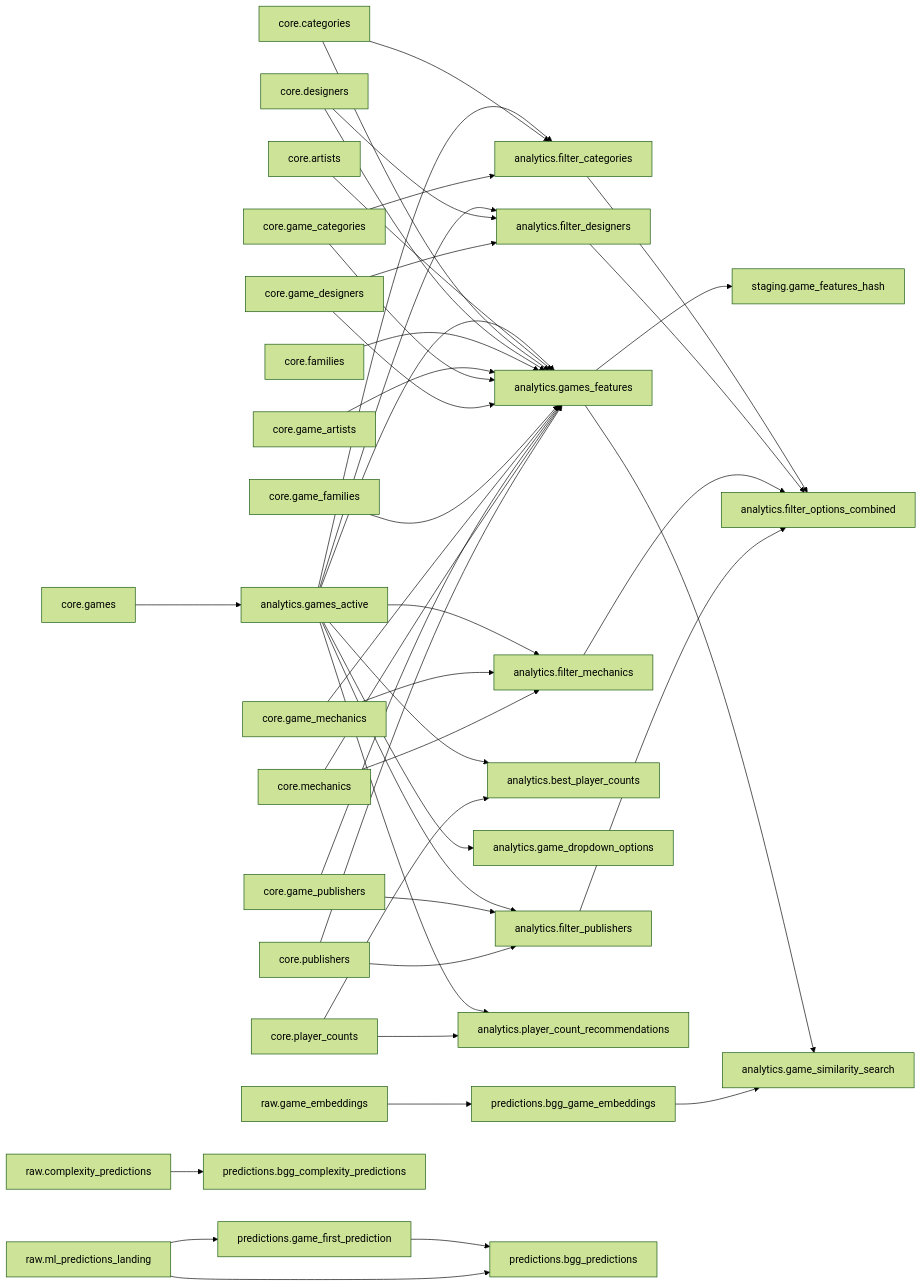
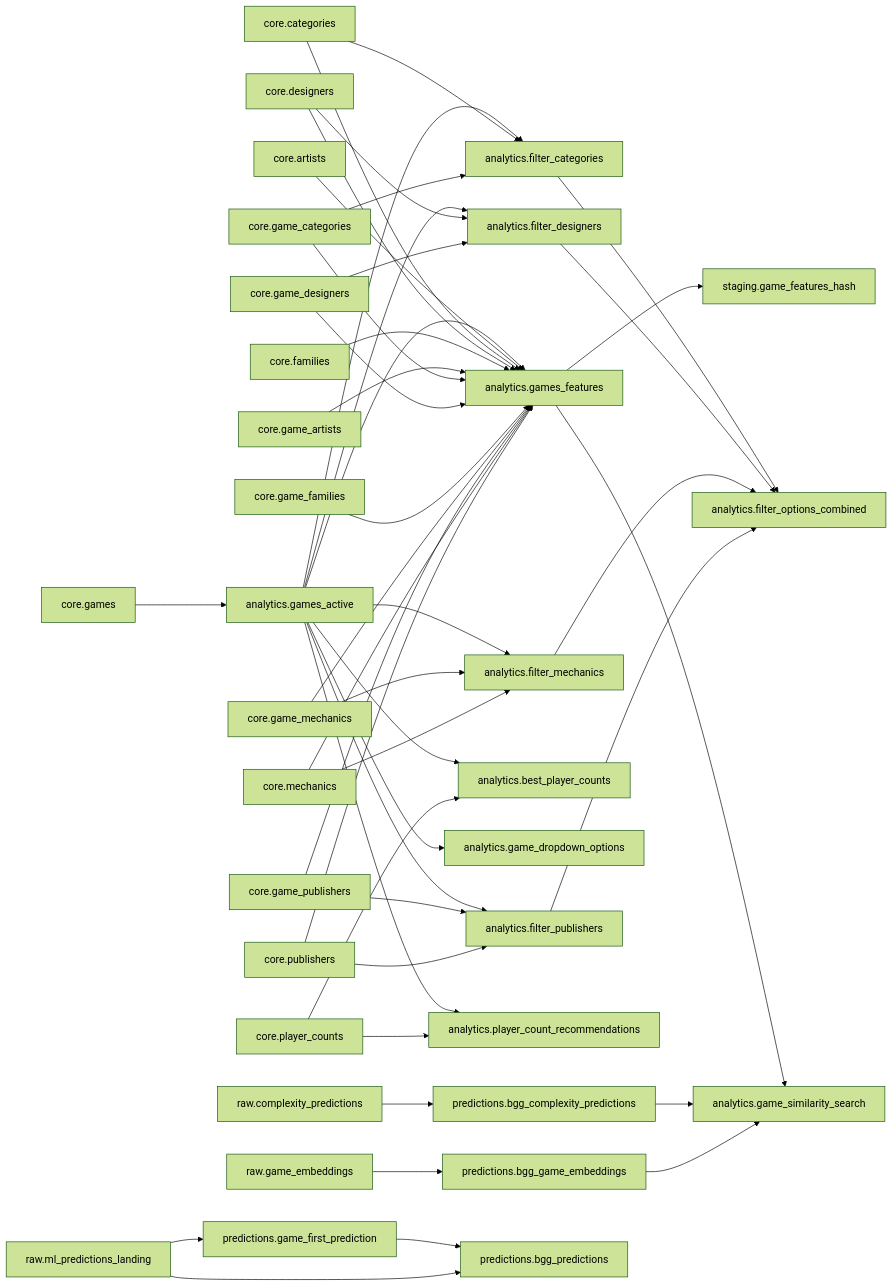
One commit to phenrickson/bgg-data-warehouse changed the diagram in docs/lineage.md. Above: the diagram before and after it, drawn with Mermaid (forest theme). The commit also changed 1 other file, not shown here.

Commit message:
Update Dataform lineage diagram [skip ci]

````diff
--- a/docs/lineage.md
+++ b/docs/lineage.md
@@ -3,46 +3,47 @@
 ```mermaid
 graph LR
     analytics__filter_categories["analytics.filter_categories"] --> analytics__filter_options_combined["analytics.filter_options_combined"]
     analytics__filter_designers["analytics.filter_designers"] --> analytics__filter_options_combined["analytics.filter_options_combined"]
     analytics__filter_mechanics["analytics.filter_mechanics"] --> analytics__filter_options_combined["analytics.filter_options_combined"]
     analytics__filter_publishers["analytics.filter_publishers"] --> analytics__filter_options_combined["analytics.filter_options_combined"]
     analytics__games_active["analytics.games_active"] --> analytics__best_player_counts["analytics.best_player_counts"]
     analytics__games_active["analytics.games_active"] --> analytics__filter_categories["analytics.filter_categories"]
     analytics__games_active["analytics.games_active"] --> analytics__filter_designers["analytics.filter_designers"]
     analytics__games_active["analytics.games_active"] --> analytics__filter_mechanics["analytics.filter_mechanics"]
     analytics__games_active["analytics.games_active"] --> analytics__filter_publishers["analytics.filter_publishers"]
     analytics__games_active["analytics.games_active"] --> analytics__game_dropdown_options["analytics.game_dropdown_options"]
     analytics__games_active["analytics.games_active"] --> analytics__games_features["analytics.games_features"]
     analytics__games_active["analytics.games_active"] --> analytics__player_count_recommendations["analytics.player_count_recommendations"]
     analytics__games_features["analytics.games_features"] --> analytics__game_similarity_search["analytics.game_similarity_search"]
     analytics__games_features["analytics.games_features"] --> staging__game_features_hash["staging.game_features_hash"]
     core__artists["core.artists"] --> analytics__games_features["analytics.games_features"]
     core__categories["core.categories"] --> analytics__filter_categories["analytics.filter_categories"]
     core__categories["core.categories"] --> analytics__games_features["analytics.games_features"]
     core__designers["core.designers"] --> analytics__filter_designers["analytics.filter_designers"]
     core__designers["core.designers"] --> analytics__games_features["analytics.games_features"]
     core__families["core.families"] --> analytics__games_features["analytics.games_features"]
     core__game_artists["core.game_artists"] --> analytics__games_features["analytics.games_features"]
     core__game_categories["core.game_categories"] --> analytics__filter_categories["analytics.filter_categories"]
     core__game_categories["core.game_categories"] --> analytics__games_features["analytics.games_features"]
     core__game_designers["core.game_designers"] --> analytics__filter_designers["analytics.filter_designers"]
     core__game_designers["core.game_designers"] --> analytics__games_features["analytics.games_features"]
     core__game_families["core.game_families"] --> analytics__games_features["analytics.games_features"]
     core__game_mechanics["core.game_mechanics"] --> analytics__filter_mechanics["analytics.filter_mechanics"]
     core__game_mechanics["core.game_mechanics"] --> analytics__games_features["analytics.games_features"]
     core__game_publishers["core.game_publishers"] --> analytics__filter_publishers["analytics.filter_publishers"]
     core__game_publishers["core.game_publishers"] --> analytics__games_features["analytics.games_features"]
     core__games["core.games"] --> analytics__games_active["analytics.games_active"]
     core__mechanics["core.mechanics"] --> analytics__filter_mechanics["analytics.filter_mechanics"]
     core__mechanics["core.mechanics"] --> analytics__games_features["analytics.games_features"]
     core__player_counts["core.player_counts"] --> analytics__best_player_counts["analytics.best_player_counts"]
     core__player_counts["core.player_counts"] --> analytics__player_count_recommendations["analytics.player_count_recommendations"]
     core__publishers["core.publishers"] --> analytics__filter_publishers["analytics.filter_publishers"]
     core__publishers["core.publishers"] --> analytics__games_features["analytics.games_features"]
+    predictions__bgg_complexity_predictions["predictions.bgg_complexity_predictions"] --> analytics__game_similarity_search["analytics.game_similarity_search"]
     predictions__bgg_game_embeddings["predictions.bgg_game_embeddings"] --> analytics__game_similarity_search["analytics.game_similarity_search"]
     predictions__game_first_prediction["predictions.game_first_prediction"] --> predictions__bgg_predictions["predictions.bgg_predictions"]
     raw__complexity_predictions["raw.complexity_predictions"] --> predictions__bgg_complexity_predictions["predictions.bgg_complexity_predictions"]
     raw__game_embeddings["raw.game_embeddings"] --> predictions__bgg_game_embeddings["predictions.bgg_game_embeddings"]
     raw__ml_predictions_landing["raw.ml_predictions_landing"] --> predictions__bgg_predictions["predictions.bgg_predictions"]
     raw__ml_predictions_landing["raw.ml_predictions_landing"] --> predictions__game_first_prediction["predictions.game_first_prediction"]
 ```
````
